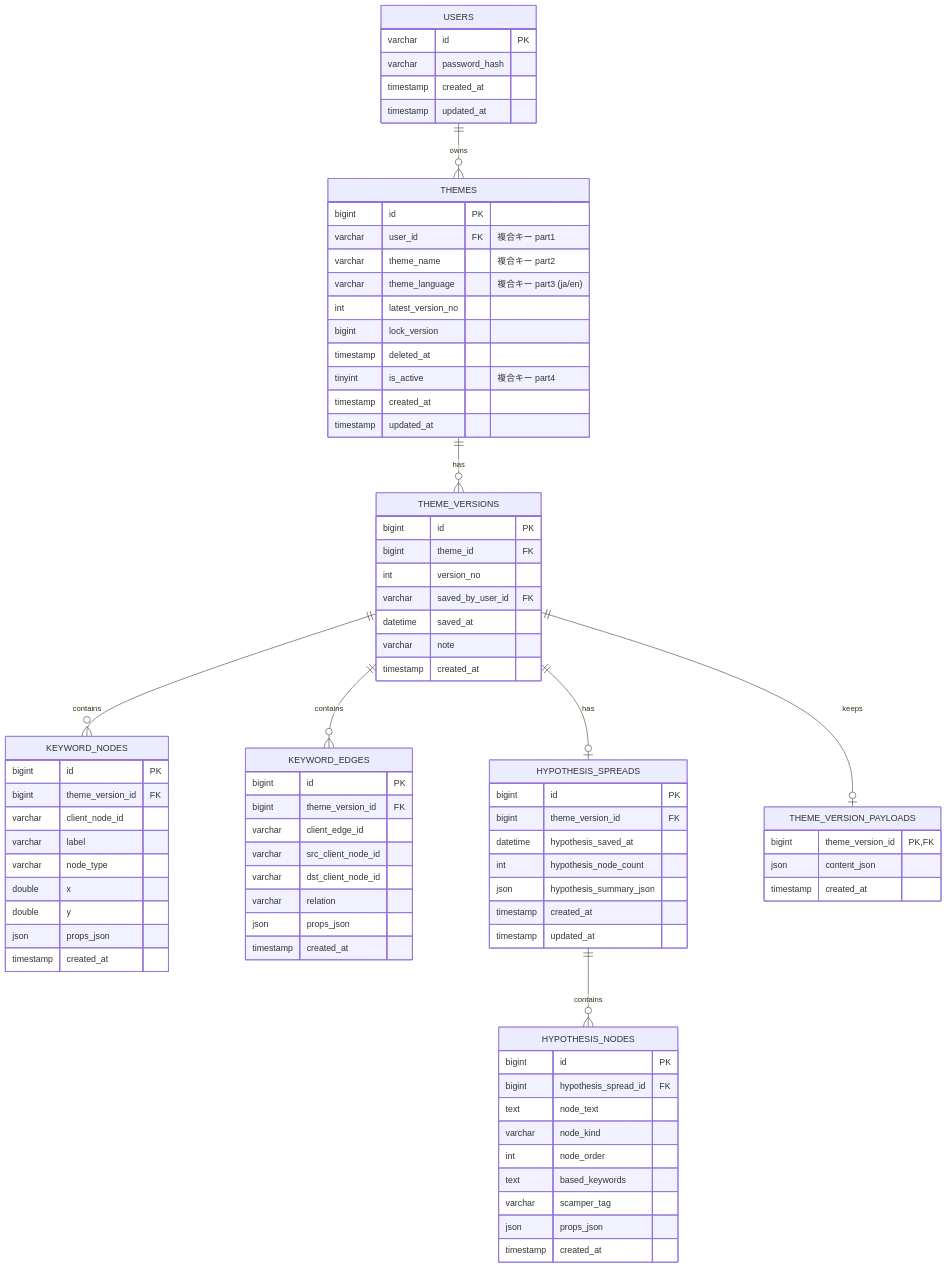
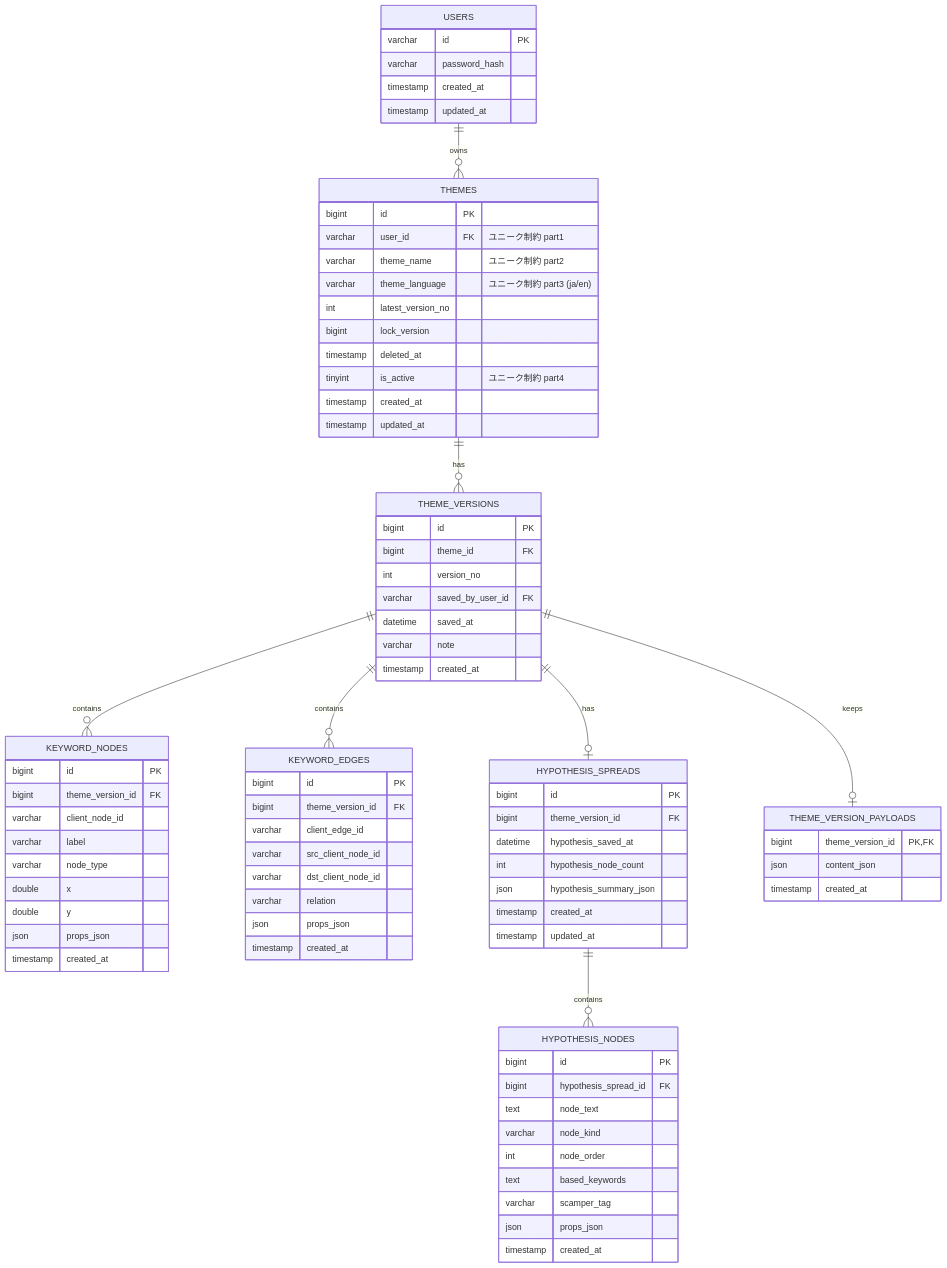
Before and after one commit to Yusei-Tanaka/MyProject: the second of 2 diagrams in docs/db-redesign-v2.md, drawn with Mermaid. The commit also changed other lines of this file and 1 other file, not shown here.

```diff
--- a/docs/db-redesign-v2.md
+++ b/docs/db-redesign-v2.md
@@ -311,13 +311,13 @@
 
     THEMES {
       bigint id PK
-      varchar user_id FK "複合キー part1"
-      varchar theme_name "複合キー part2"
-      varchar theme_language "複合キー part3 (ja/en)"
+      varchar user_id FK "ユニーク制約 part1"
+      varchar theme_name "ユニーク制約 part2"
+      varchar theme_language "ユニーク制約 part3 (ja/en)"
       int latest_version_no
       bigint lock_version
       timestamp deleted_at
-      tinyint is_active "複合キー part4"
+      tinyint is_active "ユニーク制約 part4"
       timestamp created_at
       timestamp updated_at
     }
```
